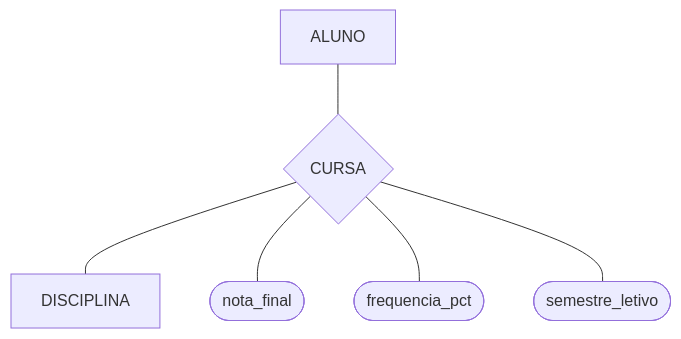
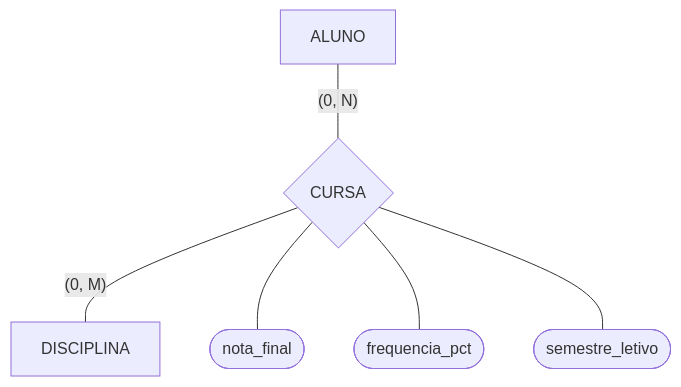
Before and after one commit to leorruas/puc: the seventh of 7 diagrams in 02. Modelagem de Dados/06. Modelagem de relacionamentos, cardinalidade e restrições de participação.md, drawn with Mermaid. The commit also changed other lines of this file, not shown here.

````diff
--- a/02. Modelagem de Dados/06. Modelagem de relacionamentos, cardinalidade e restrições de participação.md
+++ b/02. Modelagem de Dados/06. Modelagem de relacionamentos, cardinalidade e restrições de participação.md
@@ -212,17 +206,13 @@
 ```mermaid
 flowchart TD
-    Aluno2["ALUNO"]
-    RelCursa{"CURSA"}
-    Disc2["DISCIPLINA"]
+    Aluno2["ALUNO"] ---|"(0, N)"| RelCursa{"CURSA"}
+    RelCursa ---|"(0, M)"| Disc2["DISCIPLINA"]
 
     NotaFinal(["nota_final"])
     Frequencia(["frequencia_pct"])
     Semestre(["semestre_letivo"])
 
-    Aluno2 --- RelCursa
-    RelCursa --- Disc2
-
     RelCursa --- NotaFinal
     RelCursa --- Frequencia
     RelCursa --- Semestre
 ```
````
